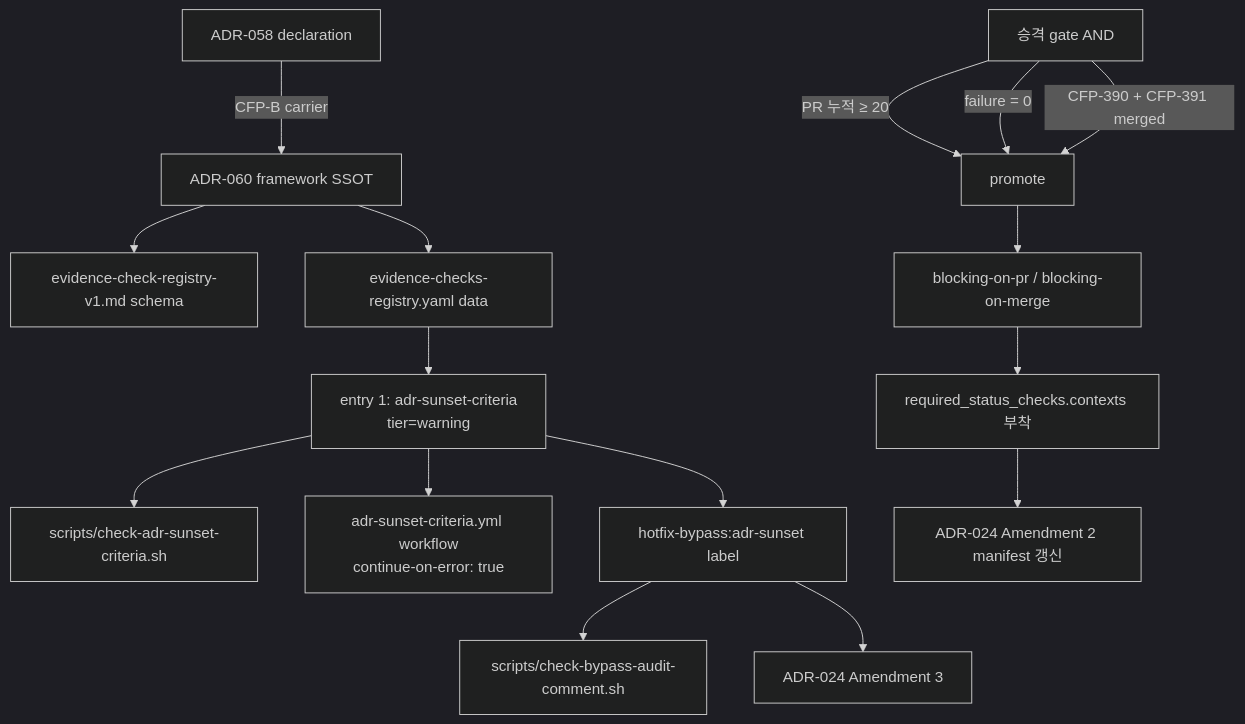
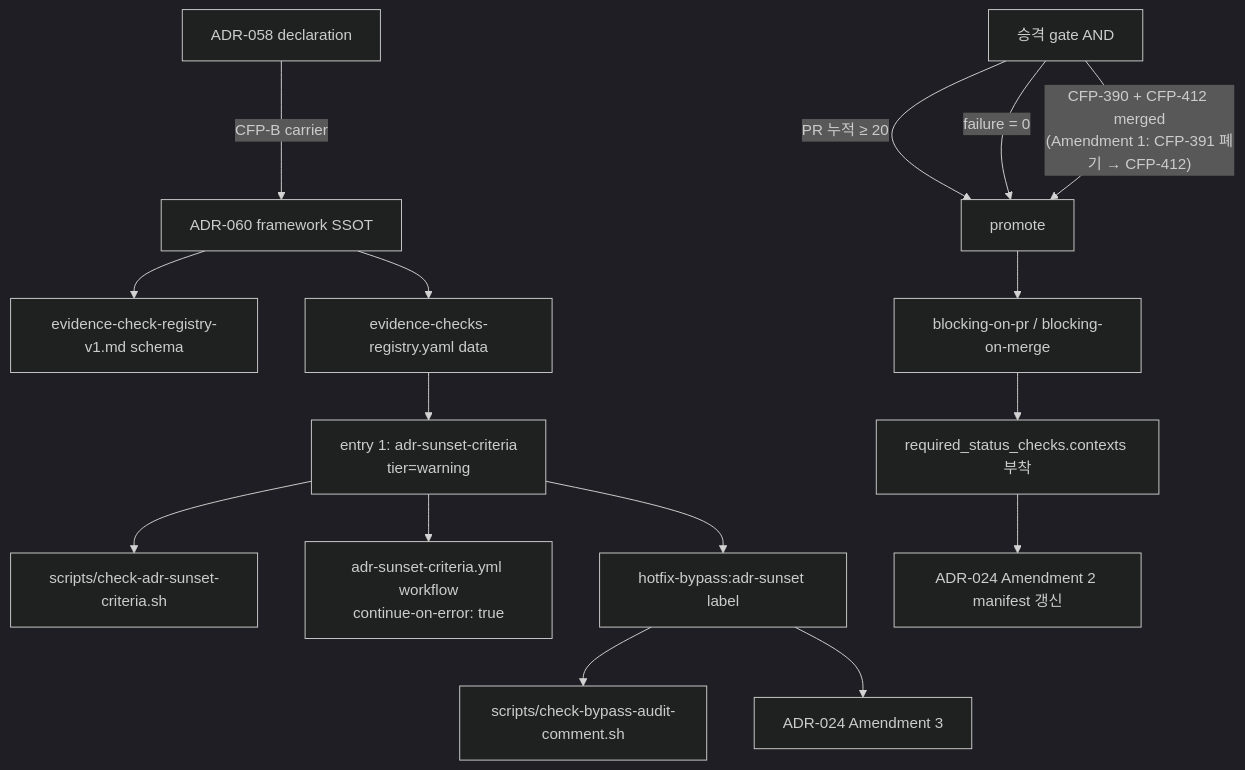
One commit to mclayer/plugin-codeforge changed the diagram in docs/adr/ADR-060-evidence-enforceable-promotion-framework.md. Above: the diagram before and after it, drawn with Mermaid (dark theme). The commit also changed other lines of this file and 2 other files, not shown here.

````diff
--- a/docs/adr/ADR-060-evidence-enforceable-promotion-framework.md
+++ b/docs/adr/ADR-060-evidence-enforceable-promotion-framework.md
@@ -317,19 +327,19 @@
 ```mermaid
 graph TD
     A[ADR-058 declaration] -->|CFP-B carrier| B[ADR-060 framework SSOT]
     B --> C[evidence-check-registry-v1.md schema]
     B --> D[evidence-checks-registry.yaml data]
     D --> E[entry 1: adr-sunset-criteria<br/>tier=warning]
     E --> F[scripts/check-adr-sunset-criteria.sh]
     E --> G[adr-sunset-criteria.yml workflow<br/>continue-on-error: true]
     E --> H[hotfix-bypass:adr-sunset label]
     H --> I[scripts/check-bypass-audit-comment.sh]
     H --> J[ADR-024 Amendment 3]
     
     K[승격 gate AND] -->|PR 누적 ≥ 20| L[promote]
     K -->|failure = 0| L
-    K -->|CFP-390 + CFP-391 merged| L
+    K -->|"CFP-390 + CFP-412 merged<br/>(Amendment 1: CFP-391 폐기 → CFP-412)"| L
     L --> M[blocking-on-pr / blocking-on-merge]
     M --> N[required_status_checks.contexts 부착]
     N --> O[ADR-024 Amendment 2 manifest 갱신]
 ```
````
